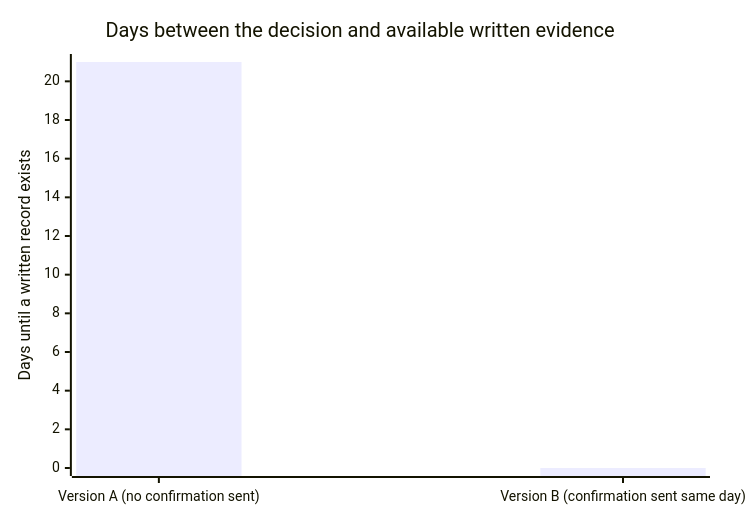
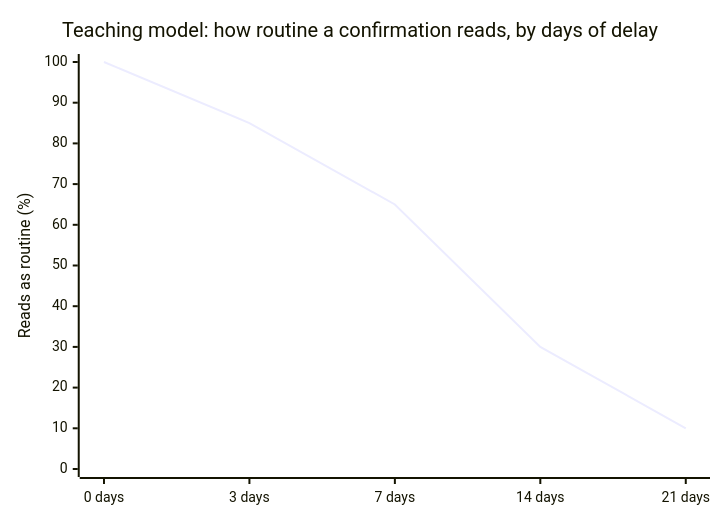
The diagram in src/content/corporate-politics/documentation-discipline/L3-deep-dive.mdx (francoandreDev/knowledge), drawn with Mermaid before and after one commit. The commit also changed other lines of this file and 3 other files, not shown here.

````diff
--- a/src/content/corporate-politics/documentation-discipline/L3-deep-dive.mdx
+++ b/src/content/corporate-politics/documentation-discipline/L3-deep-dive.mdx
@@ -90,7 +104,7 @@
 ```mermaid
 xychart-beta
-    title "Days between the decision and available written evidence"
-    x-axis ["Version A (no confirmation sent)", "Version B (confirmation sent same day)"]
-    y-axis "Days until a written record exists" 0 --> 21
-    bar [21, 0]
+    title "Teaching model: how routine a confirmation reads, by days of delay"
+    x-axis ["0 days", "3 days", "7 days", "14 days", "21 days"]
+    y-axis "Reads as routine (%)" 0 --> 100
+    line [100, 85, 65, 30, 10]
 ```
````
